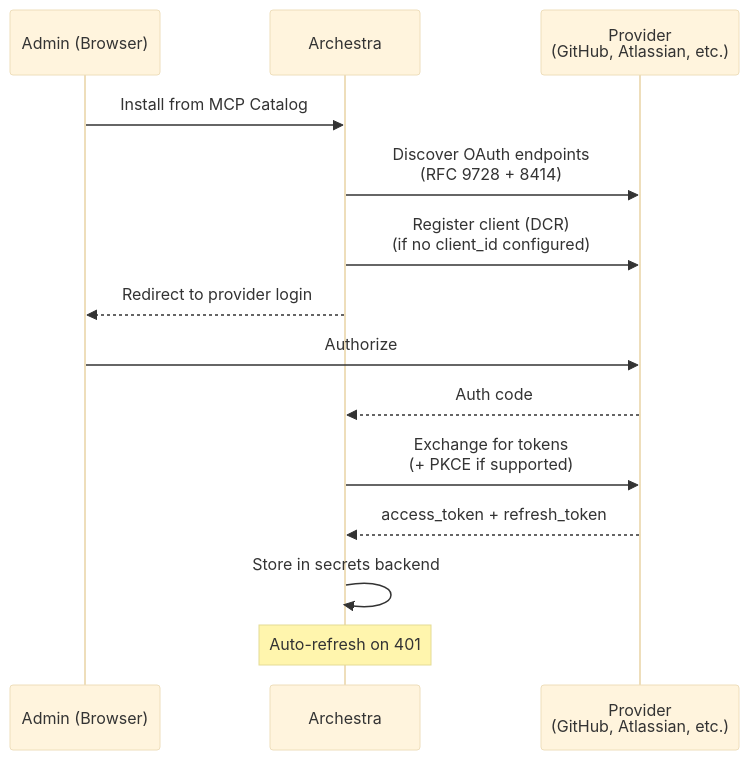
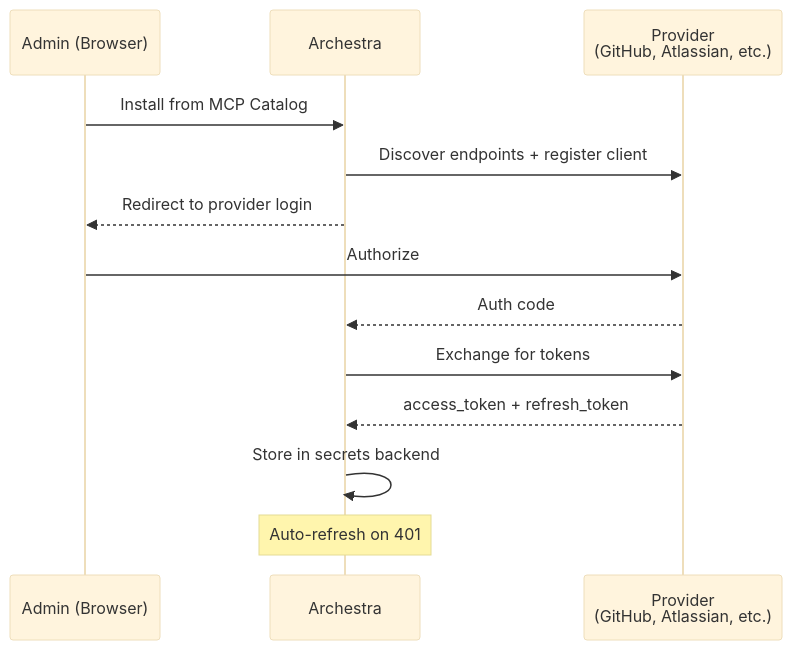
One commit to joeyotester/archestra changed the third of 3 diagrams in docs/pages/platform-mcp-server-authentication.md. Above: the diagram before and after it, drawn with Mermaid (base theme). The commit also changed other lines of this file and 1 other file, not shown here.

````diff
--- a/docs/pages/platform-mcp-server-authentication.md
+++ b/docs/pages/platform-mcp-server-authentication.md
@@ -141,17 +129,16 @@
 ```mermaid
 sequenceDiagram
     participant User as Admin (Browser)
     participant A as Archestra
     participant P as Provider<br/>(GitHub, Atlassian, etc.)
 
     User->>A: Install from MCP Catalog
-    A->>P: Discover OAuth endpoints<br/>(RFC 9728 + 8414)
-    A->>P: Register client (DCR)<br/>(if no client_id configured)
+    A->>P: Discover endpoints + register client
     A-->>User: Redirect to provider login
     User->>P: Authorize
     P-->>A: Auth code
-    A->>P: Exchange for tokens<br/>(+ PKCE if supported)
+    A->>P: Exchange for tokens
     P-->>A: access_token + refresh_token
     A->>A: Store in secrets backend
     Note over A: Auto-refresh on 401
 ```
````
